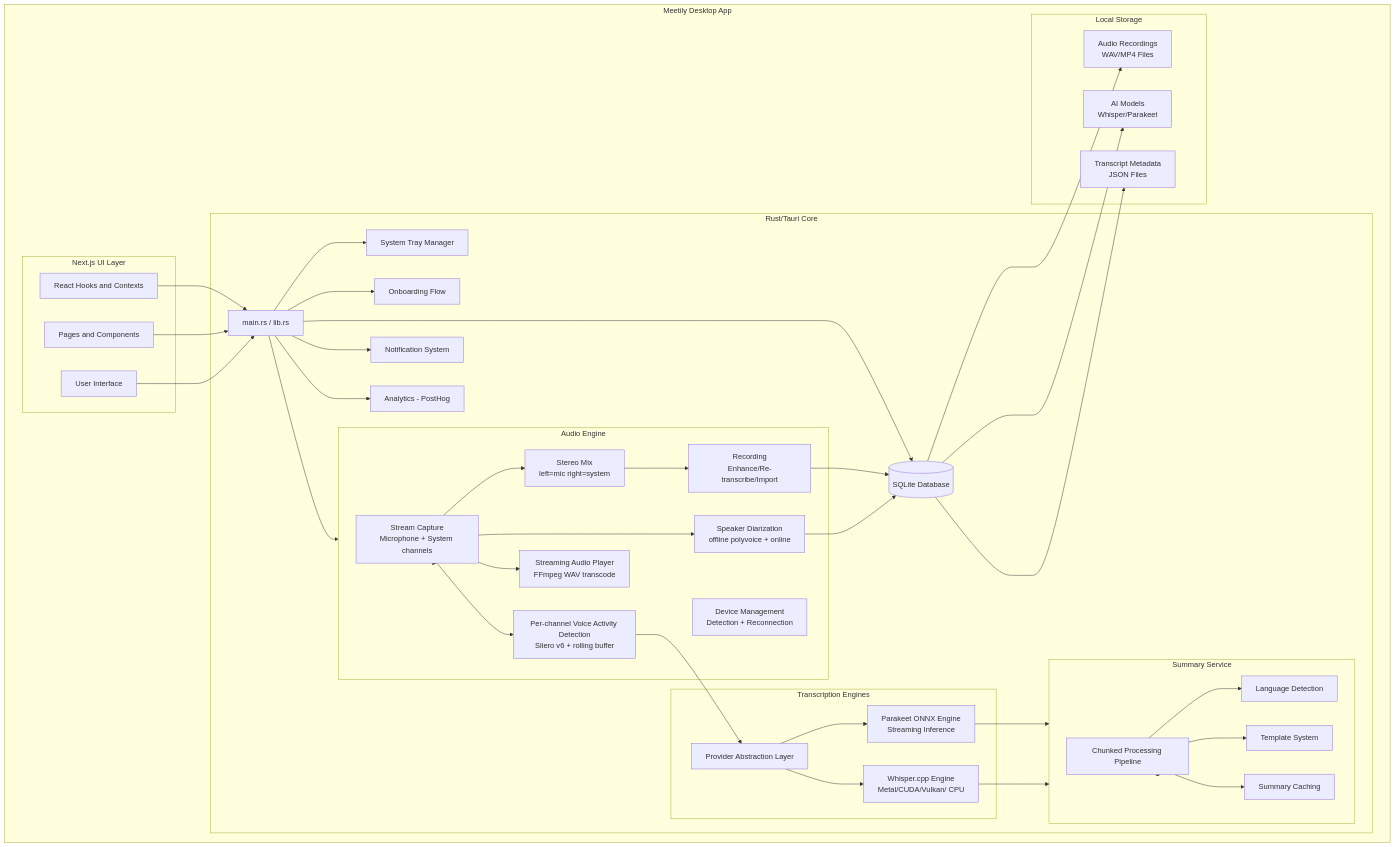
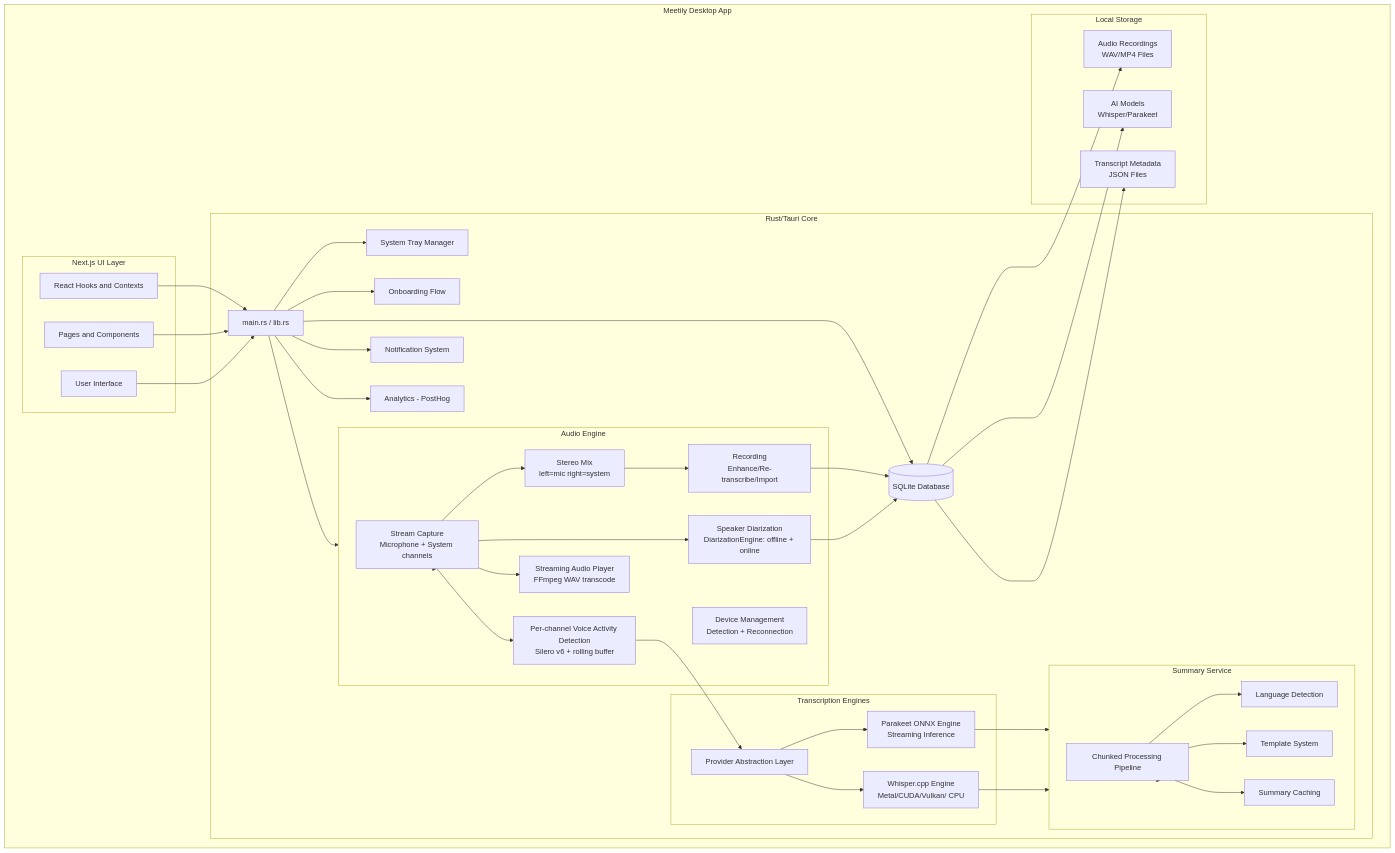
One commit to MPGek/meetily-mpg changed the first of 2 diagrams in docs/CODEBASE_MAP_ARCHITECTURE.md. Above: the diagram before and after it, drawn with Mermaid. The commit also changed other lines of this file and 21 other files, not shown here.

First line of the commit message:
docs: shrink codebase maps, point navigation at graphify (openspec 11-docs-refresh)

````diff
--- a/docs/CODEBASE_MAP_ARCHITECTURE.md
+++ b/docs/CODEBASE_MAP_ARCHITECTURE.md
@@ -23,79 +22,79 @@
 ```mermaid
 graph TB
     subgraph DesktopApp["Meetily Desktop App"]
         subgraph Frontend["Next.js UI Layer"]
             UI[User Interface]
             Pages[Pages and Components]
             Hooks[React Hooks and Contexts]
         end
         
         subgraph RustCore["Rust/Tauri Core"]
             Entry[main.rs / lib.rs]
             Tray[System Tray Manager]
             Onboarding[Onboarding Flow]
             
             subgraph AudioEngine["Audio Engine"]
                 Capture[Stream Capture<br/>Microphone + System channels]
                 VAD[Per-channel Voice Activity Detection<br/>Silero v6 + rolling buffer]
                 Mixer[Stereo Mix<br/>left=mic right=system]
                 DeviceMgmt[Device Management<br/>Detection + Reconnection]
                 Record[Recording<br/>Enhance/Re-transcribe/Import]
-                Diar[Speaker Diarization<br/>offline polyvoice + online]
+                Diar[Speaker Diarization<br/>DiarizationEngine: offline + online]
                 Playback[Streaming Audio Player<br/>FFmpeg WAV transcode]
             end
             
             subgraph TranscriptionEngines["Transcription Engines"]
                 Whisper[Whisper.cpp Engine<br/>Metal/CUDA/Vulkan/ CPU]
                 Parakeet[Parakeet ONNX Engine<br/>Streaming Inference]
                 ProviderAbstraction[Provider Abstraction Layer]
             end
             
             subgraph SummaryService["Summary Service"]
                 Processor[Chunked Processing Pipeline]
                 LanguageDetect[Language Detection]
                 TemplateEngine[Template System]
                 Cache[Summary Caching]
             end
             
             DB[(SQLite Database)]
             Notifications[Notification System]
             Analytics[Analytics - PostHog]
         end
         
         subgraph LocalStorage["Local Storage"]
             Recordings[Audio Recordings<br/>WAV/MP4 Files]
             Models[AI Models<br/>Whisper/Parakeet]
             Transcripts[Transcript Metadata<br/>JSON Files]
         end
     end
     
     UI --> Entry
     Pages --> Entry
     Hooks --> Entry
     Entry --> Tray
     Entry --> Onboarding
     Entry --> AudioEngine
     AudioEngine --> Capture
     Capture --> VAD
     VAD --> ProviderAbstraction
     ProviderAbstraction --> Whisper
     ProviderAbstraction --> Parakeet
     Capture --> Mixer
     Mixer --> Record
     Capture --> Diar
     Diar --> DB
     Capture --> Playback
     Record --> DB
     Whisper --> SummaryService
     Parakeet --> SummaryService
     SummaryService --> Processor
     Processor --> LanguageDetect
     Processor --> TemplateEngine
     Processor --> Cache
     Entry --> DB
     DB --> Recordings
     DB --> Models
     DB --> Transcripts
     Entry --> Notifications
     Entry --> Analytics
 ```
````
